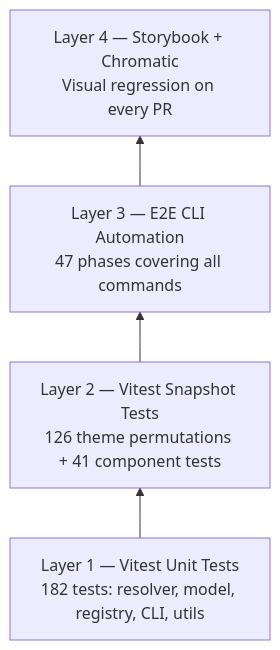
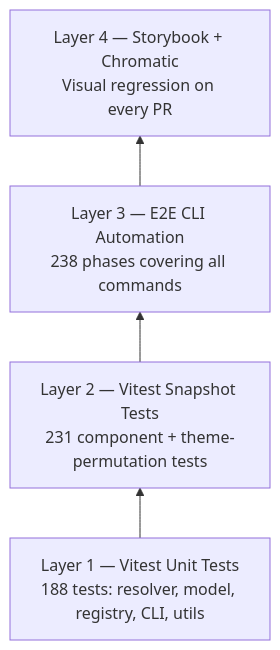
One commit to Naveen2070/project_crucible changed diagram 11 of 12 in ARCHITECTURE.md. Above: the diagram before and after it, drawn with Mermaid. The commit also changed other lines of this file and 4 other files, not shown here.

First line of the commit message:
docs: update architecture, changelog, contributing, readme, and roadmap

````diff
--- a/ARCHITECTURE.md
+++ b/ARCHITECTURE.md
@@ -1156,8 +1202,8 @@
 ```mermaid
 graph BT
-    L1["Layer 1 — Vitest Unit Tests<br/>182 tests: resolver, model, registry, CLI, utils"]
-    L2["Layer 2 — Vitest Snapshot Tests<br/>126 theme permutations + 41 component tests"]
-    L3["Layer 3 — E2E CLI Automation<br/>47 phases covering all commands"]
+    L1["Layer 1 — Vitest Unit Tests<br/>188 tests: resolver, model, registry, CLI, utils"]
+    L2["Layer 2 — Vitest Snapshot Tests<br/>231 component + theme-permutation tests"]
+    L3["Layer 3 — E2E CLI Automation<br/>238 phases covering all commands"]
     L4["Layer 4 — Storybook + Chromatic<br/>Visual regression on every PR"]
     L1 --> L2 --> L3 --> L4
 ```
````
